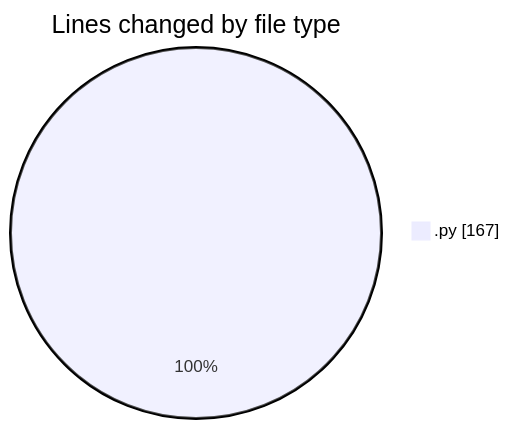
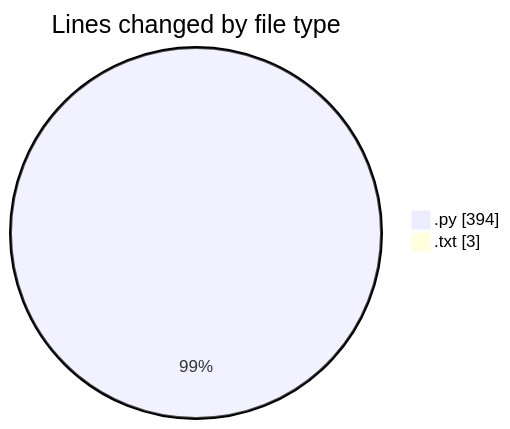
The first of 2 diagrams in 2025-07-09/toolsopenemalpass/README.md (lephambinh05/code-tracking), drawn with Mermaid before and after one commit. The commit also changed other lines of this file and 1 other file, not shown here.

````diff
--- a/2025-07-09/toolsopenemalpass/README.md
+++ b/2025-07-09/toolsopenemalpass/README.md
@@ -20,5 +22,6 @@
 ```mermaid
 pie showData
 title Lines changed by file type
-".py" : 167
+".py" : 394
+".txt" : 3
 ```
````
